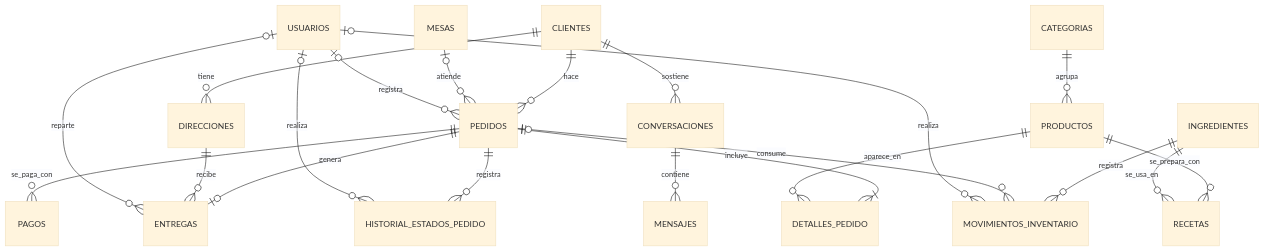
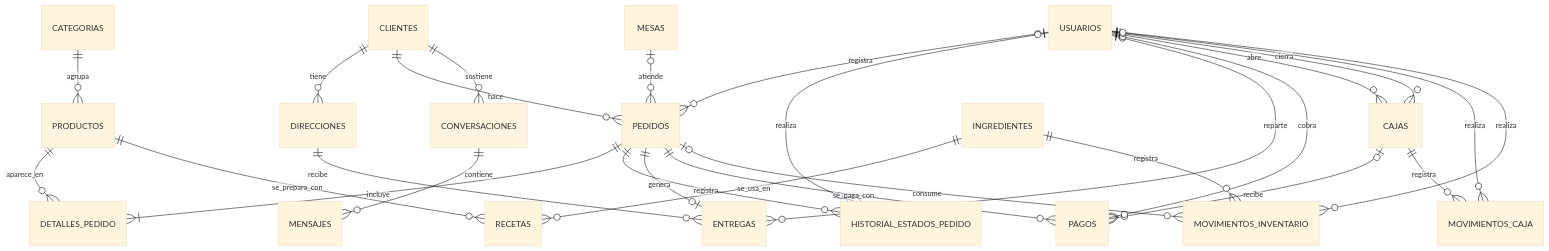
The diagram in docs/base-de-datos.md (santrix12G/sistema-gestion-restaurante), drawn with Mermaid (base theme) before and after one commit. The commit also changed other lines of this file and 5 other files, not shown here.

First line of the commit message:
Cuentas para pruebas de usabilidad y modelo ER con la caja

````diff
--- a/docs/base-de-datos.md
+++ b/docs/base-de-datos.md
@@ -23,23 +24,29 @@
 ```mermaid
 erDiagram
     CLIENTES ||--o{ DIRECCIONES : tiene
     CLIENTES ||--o{ PEDIDOS : hace
     CLIENTES ||--o{ CONVERSACIONES : sostiene
     CONVERSACIONES ||--o{ MENSAJES : contiene
     CATEGORIAS ||--o{ PRODUCTOS : agrupa
     MESAS |o--o{ PEDIDOS : atiende
     USUARIOS |o--o{ PEDIDOS : registra
     PEDIDOS ||--|{ DETALLES_PEDIDO : incluye
     PRODUCTOS ||--o{ DETALLES_PEDIDO : aparece_en
     PEDIDOS ||--o{ HISTORIAL_ESTADOS_PEDIDO : registra
     USUARIOS |o--o{ HISTORIAL_ESTADOS_PEDIDO : realiza
     PEDIDOS ||--o| ENTREGAS : genera
     DIRECCIONES ||--o{ ENTREGAS : recibe
     USUARIOS |o--o{ ENTREGAS : reparte
     PEDIDOS ||--o{ PAGOS : se_paga_con
+    CAJAS |o--o{ PAGOS : recibe
+    USUARIOS |o--o{ PAGOS : cobra
+    USUARIOS ||--o{ CAJAS : abre
+    USUARIOS |o--o{ CAJAS : cierra
+    CAJAS ||--o{ MOVIMIENTOS_CAJA : registra
+    USUARIOS ||--o{ MOVIMIENTOS_CAJA : realiza
     PRODUCTOS ||--o{ RECETAS : se_prepara_con
     INGREDIENTES ||--o{ RECETAS : se_usa_en
     INGREDIENTES ||--o{ MOVIMIENTOS_INVENTARIO : registra
     PEDIDOS |o--o{ MOVIMIENTOS_INVENTARIO : consume
     USUARIOS |o--o{ MOVIMIENTOS_INVENTARIO : realiza
 ```
````
